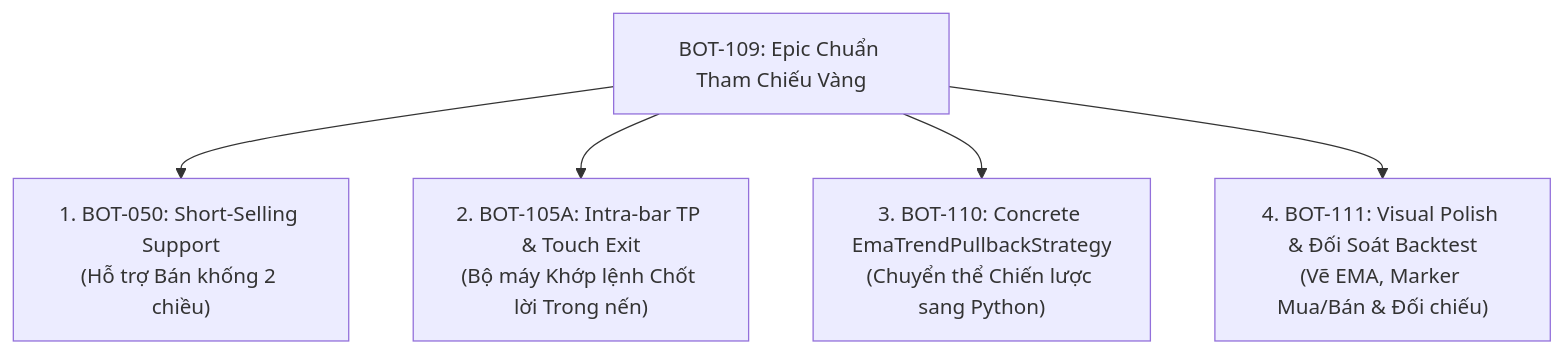
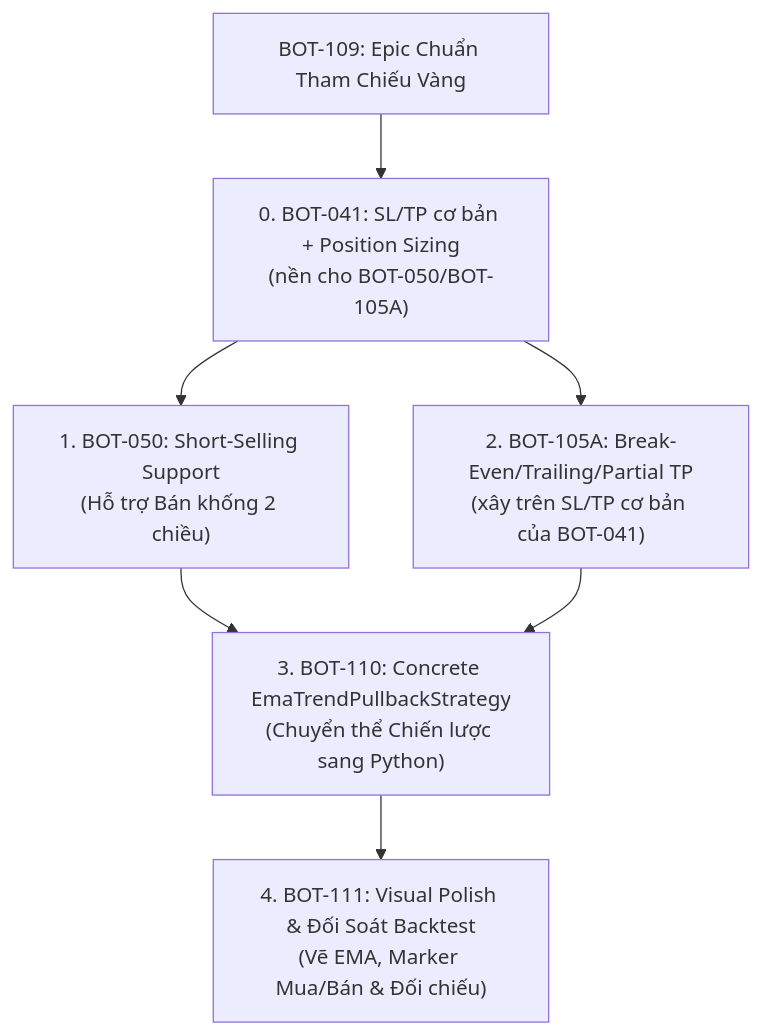
One commit to anhembedded/Sagittarius_Elite_Warrior changed the diagram in Tasks/backlog/BOT-109_golden_strategy_ema_trend_confirm_pullback_epic.md. Above: the diagram before and after it, drawn with Mermaid. The commit also changed other lines of this file and 3 other files, not shown here.

````diff
--- a/Tasks/backlog/BOT-109_golden_strategy_ema_trend_confirm_pullback_epic.md
+++ b/Tasks/backlog/BOT-109_golden_strategy_ema_trend_confirm_pullback_epic.md
@@ -135,7 +144,9 @@
 ```mermaid
 graph TD
-    A["BOT-109: Epic Chuẩn Tham Chiếu Vàng"] --> B["1. BOT-050: Short-Selling Support<br/>(Hỗ trợ Bán khống 2 chiều)"]
-    A --> C["2. BOT-105A: Intra-bar TP & Touch Exit<br/>(Bộ máy Khớp lệnh Chốt lời Trong nến)"]
-    A --> D["3. BOT-110: Concrete EmaTrendPullbackStrategy<br/>(Chuyển thể Chiến lược sang Python)"]
-    A --> E["4. BOT-111: Visual Polish & Đối Soát Backtest<br/>(Vẽ EMA, Marker Mua/Bán & Đối chiếu)"]
+    A["BOT-109: Epic Chuẩn Tham Chiếu Vàng"] --> Z["0. BOT-041: SL/TP cơ bản + Position Sizing<br/>(nền cho BOT-050/BOT-105A)"]
+    Z --> B["1. BOT-050: Short-Selling Support<br/>(Hỗ trợ Bán khống 2 chiều)"]
+    Z --> C["2. BOT-105A: Break-Even/Trailing/Partial TP<br/>(xây trên SL/TP cơ bản của BOT-041)"]
+    B --> D["3. BOT-110: Concrete EmaTrendPullbackStrategy<br/>(Chuyển thể Chiến lược sang Python)"]
+    C --> D
+    D --> E["4. BOT-111: Visual Polish & Đối Soát Backtest<br/>(Vẽ EMA, Marker Mua/Bán & Đối chiếu)"]
 ```
````
